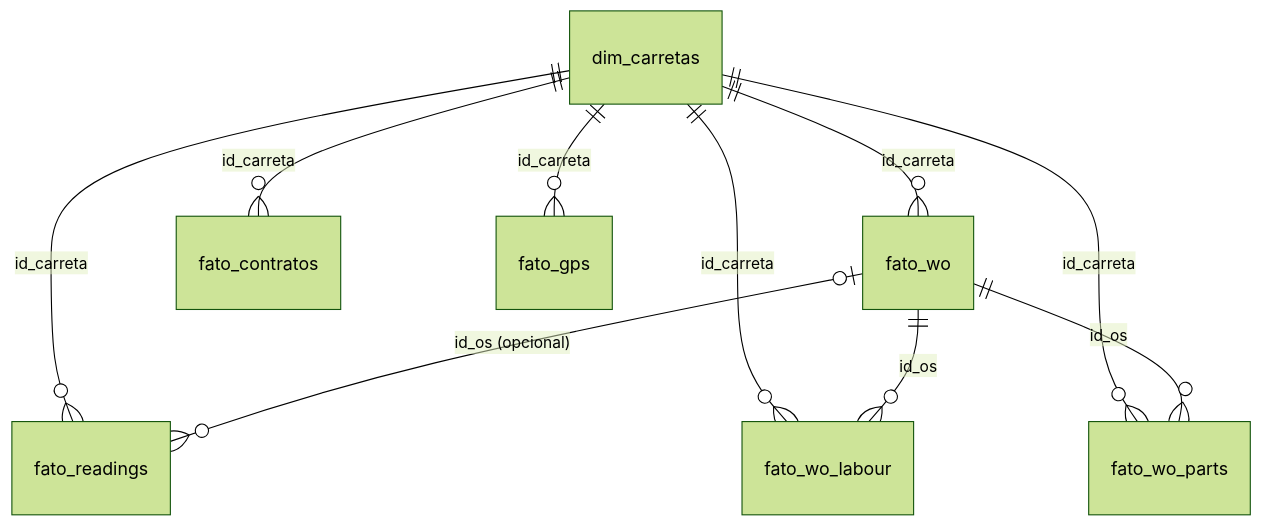
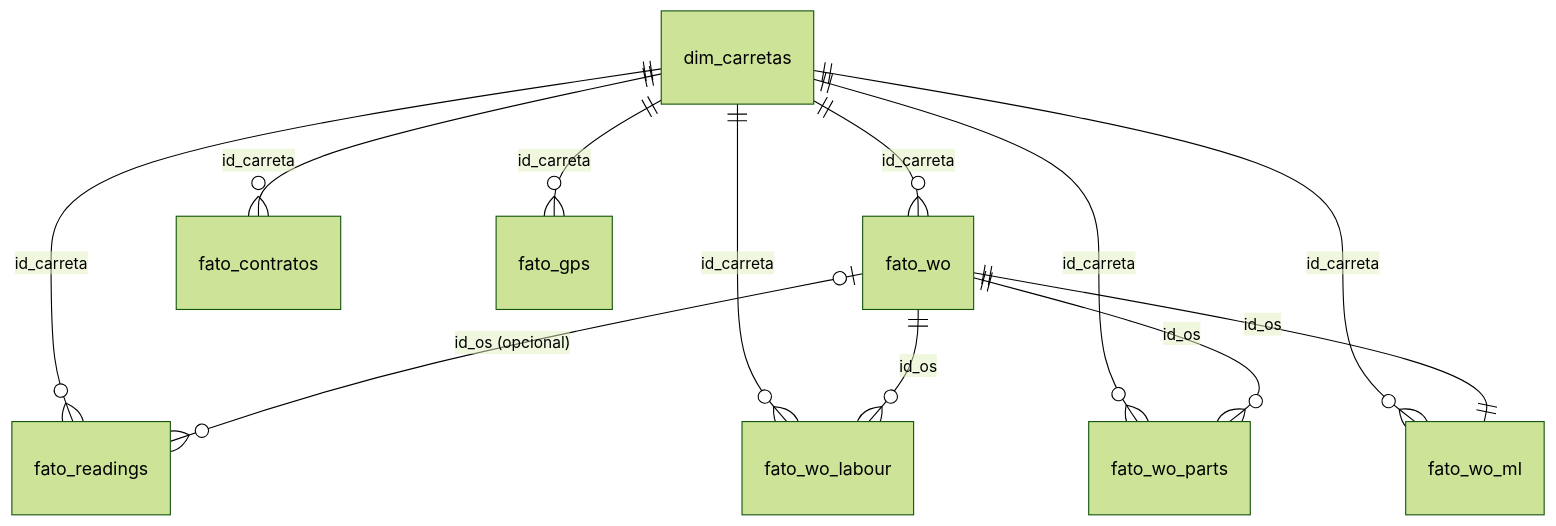
One commit to giovanicani/quatro_norte changed the diagram in docs/dicionario_de_dados.md. Above: the diagram before and after it, drawn with Mermaid (forest theme). The commit also changed other lines of this file and 3 other files, not shown here.

````diff
--- a/docs/dicionario_de_dados.md
+++ b/docs/dicionario_de_dados.md
@@ -44,12 +47,14 @@
 ```mermaid
 erDiagram
     dim_carretas   ||--o{ fato_readings   : "id_carreta"
     dim_carretas   ||--o{ fato_wo         : "id_carreta"
+    dim_carretas   ||--o{ fato_wo_ml      : "id_carreta"
     dim_carretas   ||--o{ fato_wo_labour  : "id_carreta"
     dim_carretas   ||--o{ fato_wo_parts   : "id_carreta"
     dim_carretas   ||--o{ fato_contratos  : "id_carreta"
     dim_carretas   ||--o{ fato_gps        : "id_carreta"
     fato_wo        ||--o{ fato_wo_labour  : "id_os"
     fato_wo        ||--o{ fato_wo_parts   : "id_os"
+    fato_wo        ||--|| fato_wo_ml      : "id_os"
     fato_wo        |o--o{ fato_readings   : "id_os (opcional)"
 ```
````
